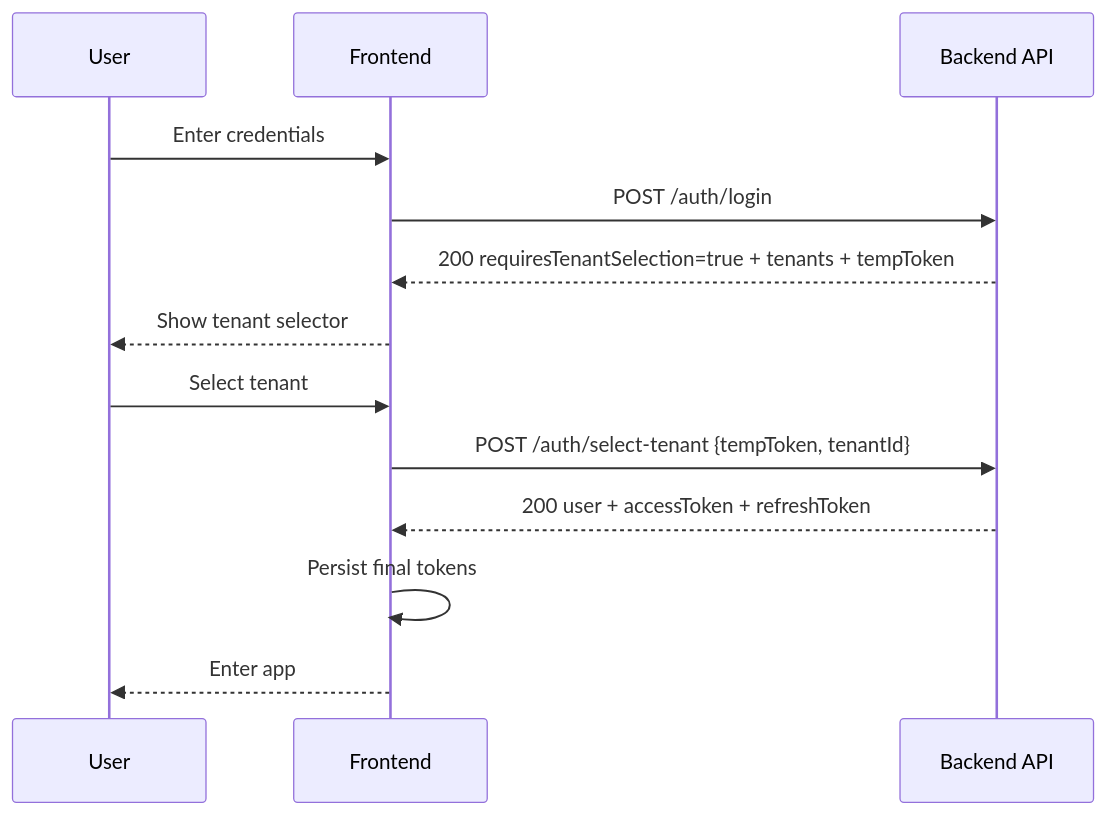
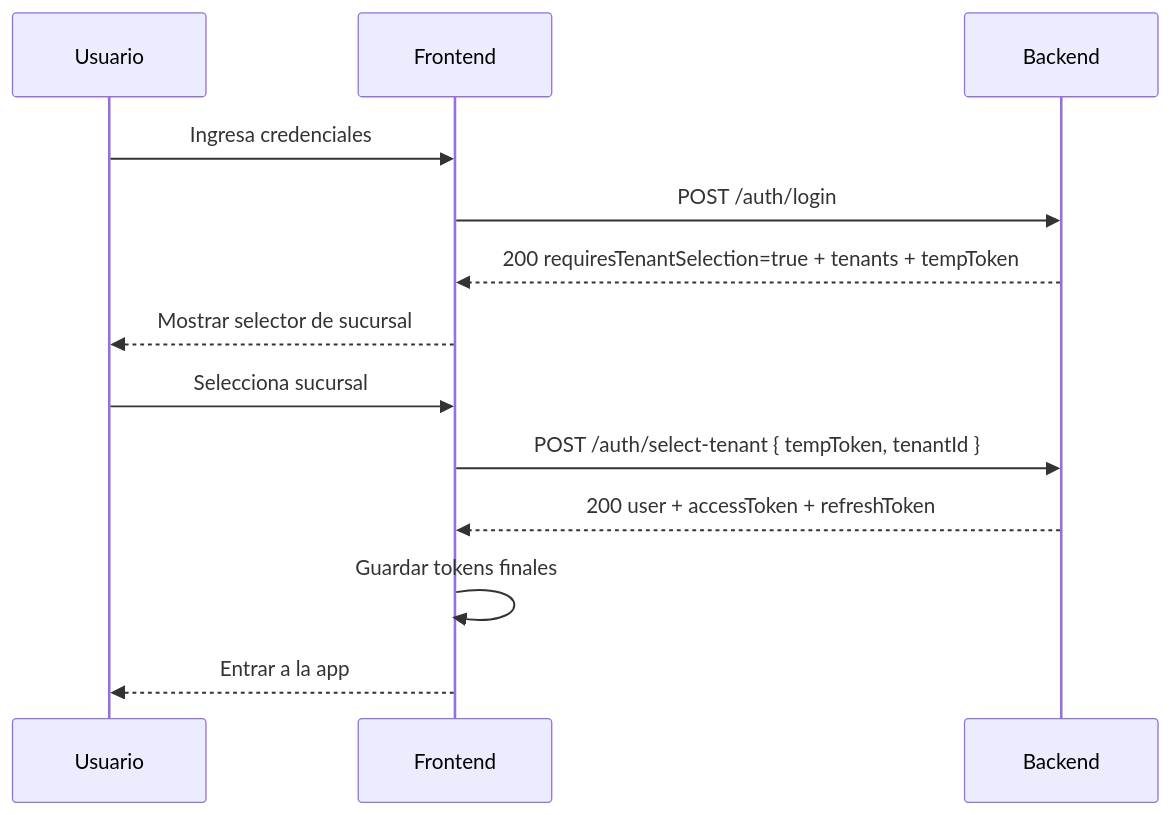
One commit to ALDRICHCODE45/houndfe-backend changed the second of 4 diagrams in docs/multi-tenant-api.md. Above: the diagram before and after it, drawn with Mermaid. The commit also changed other lines of this file, not shown here.

First line of the commit message:
docs: rewrite multi-tenant frontend guide with full implementation detail

````diff
--- a/docs/multi-tenant-api.md
+++ b/docs/multi-tenant-api.md
@@ -282,16 +886,16 @@
 ```mermaid
 sequenceDiagram
-  participant U as User
+  participant U as Usuario
   participant FE as Frontend
-  participant API as Backend API
+  participant API as Backend
 
-  U->>FE: Enter credentials
+  U->>FE: Ingresa credenciales
   FE->>API: POST /auth/login
   API-->>FE: 200 requiresTenantSelection=true + tenants + tempToken
-  FE-->>U: Show tenant selector
-  U->>FE: Select tenant
-  FE->>API: POST /auth/select-tenant {tempToken, tenantId}
+  FE-->>U: Mostrar selector de sucursal
+  U->>FE: Selecciona sucursal
+  FE->>API: POST /auth/select-tenant { tempToken, tenantId }
   API-->>FE: 200 user + accessToken + refreshToken
-  FE->>FE: Persist final tokens
-  FE-->>U: Enter app
+  FE->>FE: Guardar tokens finales
+  FE-->>U: Entrar a la app
 ```
````
